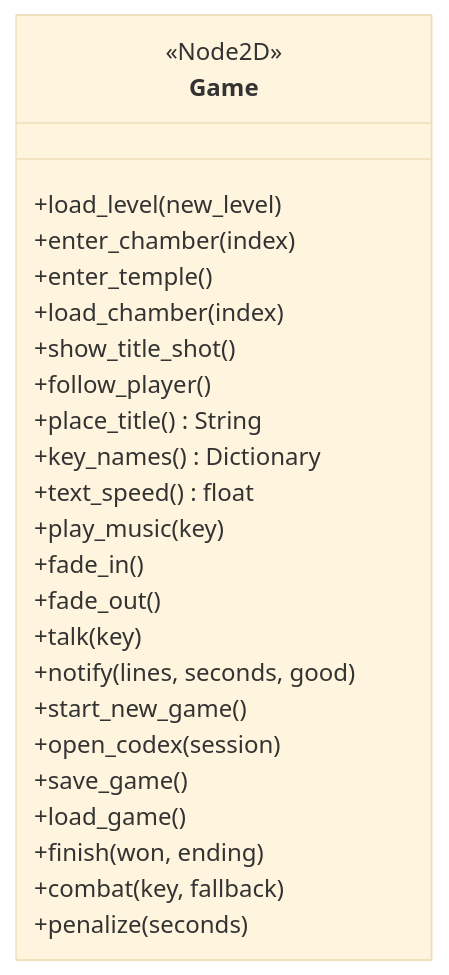
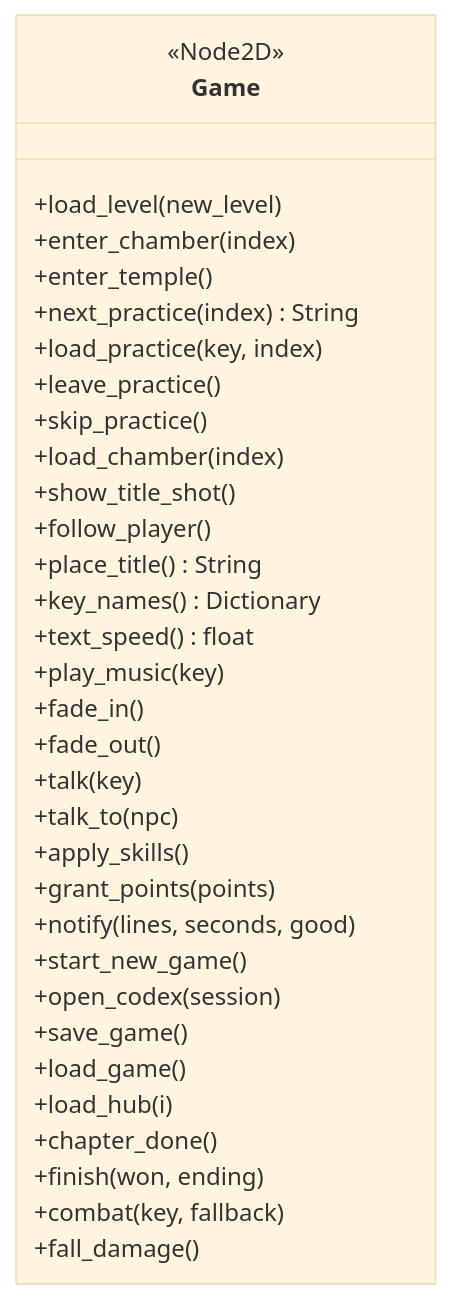
The first of 14 diagrams in docs/UML_COMPLETO.md (soyjuza/aritma), drawn with Mermaid (base theme) before and after one commit. The commit also changed other lines of this file and 151 other files, not shown here.

````diff
--- a/docs/UML_COMPLETO.md
+++ b/docs/UML_COMPLETO.md
@@ -10,27 +10,36 @@
 ```mermaid
 classDiagram
     class Game {
         <<Node2D>>
         +load_level(new_level)
         +enter_chamber(index)
         +enter_temple()
+        +next_practice(index) String
+        +load_practice(key, index)
+        +leave_practice()
+        +skip_practice()
         +load_chamber(index)
         +show_title_shot()
         +follow_player()
         +place_title() String
         +key_names() Dictionary
         +text_speed() float
         +play_music(key)
         +fade_in()
         +fade_out()
         +talk(key)
+        +talk_to(npc)
+        +apply_skills()
+        +grant_points(points)
         +notify(lines, seconds, good)
         +start_new_game()
         +open_codex(session)
         +save_game()
         +load_game()
+        +load_hub(i)
+        +chapter_done()
         +finish(won, ending)
         +combat(key, fallback)
-        +penalize(seconds)
+        +fall_damage()
     }
 ```
````
